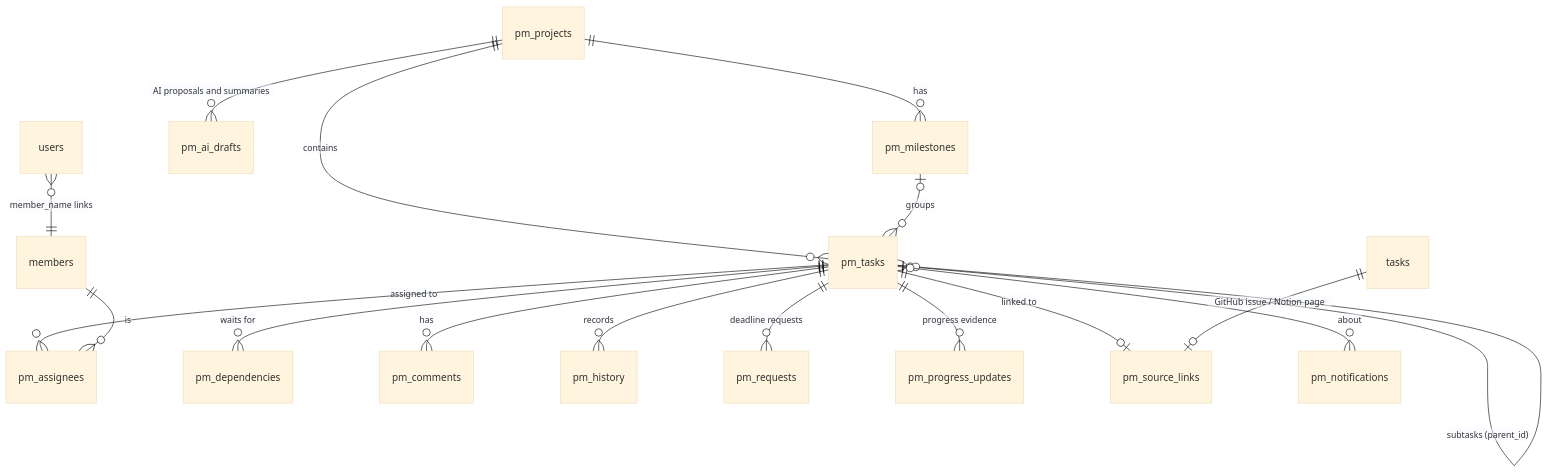
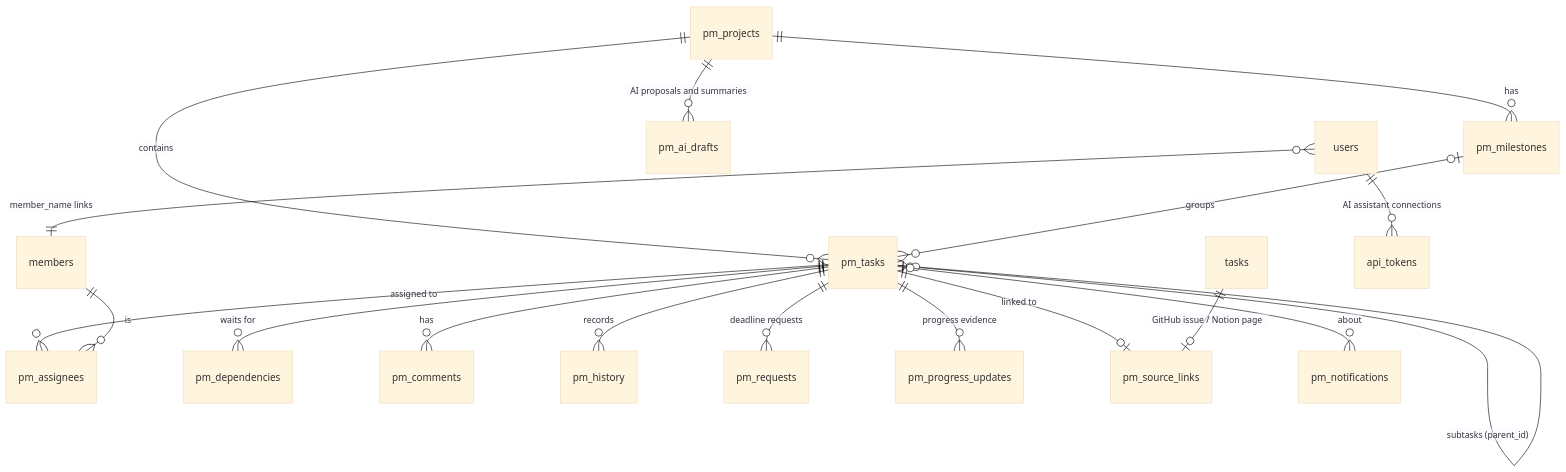
One commit to Siddhi-Karhekar/Tracker changed the diagram in docs/TEAMPULSE_2.md. Above: the diagram before and after it, drawn with Mermaid (base theme). The commit also changed other lines of this file and 11 other files, not shown here.

````diff
--- a/docs/TEAMPULSE_2.md
+++ b/docs/TEAMPULSE_2.md
@@ -218,19 +234,20 @@
 ```mermaid
 erDiagram
     pm_projects ||--o{ pm_milestones : has
     pm_projects ||--o{ pm_tasks : contains
     pm_milestones |o--o{ pm_tasks : groups
     pm_tasks |o--o{ pm_tasks : "subtasks (parent_id)"
     pm_tasks ||--o{ pm_assignees : "assigned to"
     members ||--o{ pm_assignees : is
     pm_tasks ||--o{ pm_dependencies : "waits for"
     pm_tasks ||--o{ pm_comments : has
     pm_tasks ||--o{ pm_history : records
     pm_tasks ||--o{ pm_requests : "deadline requests"
     pm_tasks ||--o{ pm_progress_updates : "progress evidence"
     pm_tasks ||--o| pm_source_links : "linked to"
     tasks ||--o| pm_source_links : "GitHub issue / Notion page"
     pm_projects ||--o{ pm_ai_drafts : "AI proposals and summaries"
+    users ||--o{ api_tokens : "AI assistant connections"
     pm_tasks |o--o{ pm_notifications : about
     users }o--|| members : "member_name links"
 ```
````
